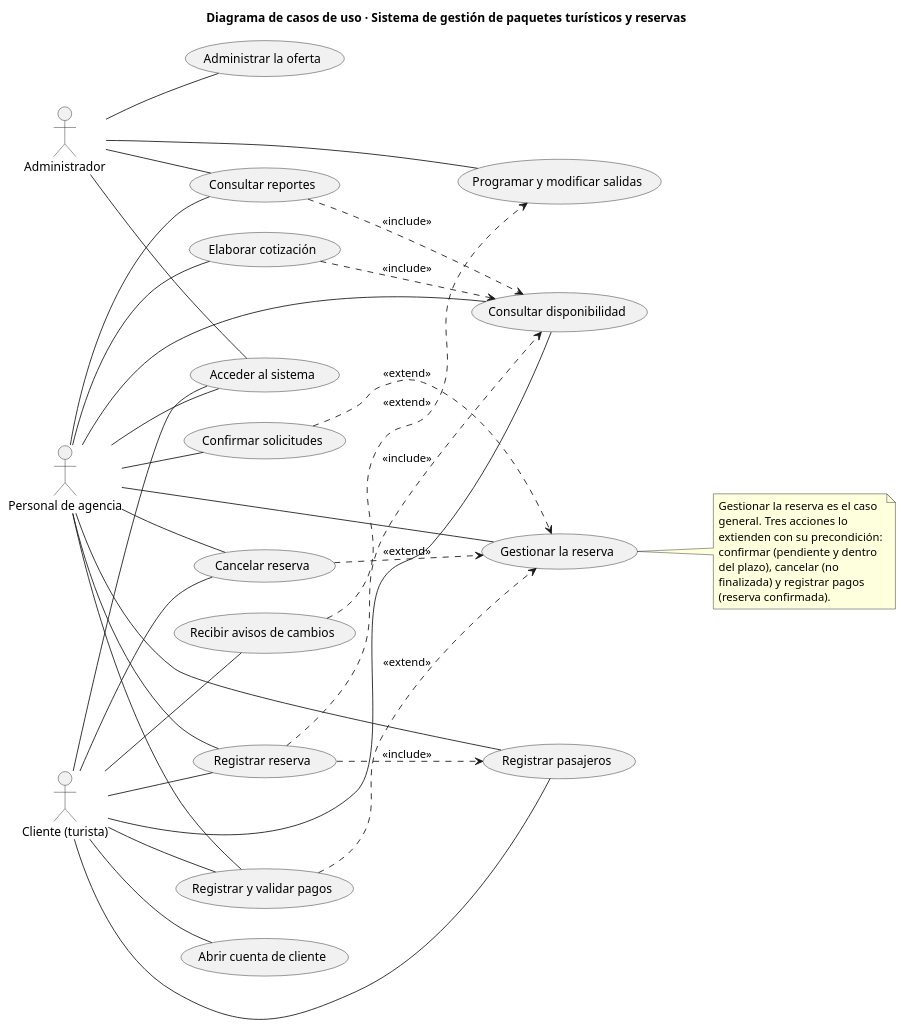
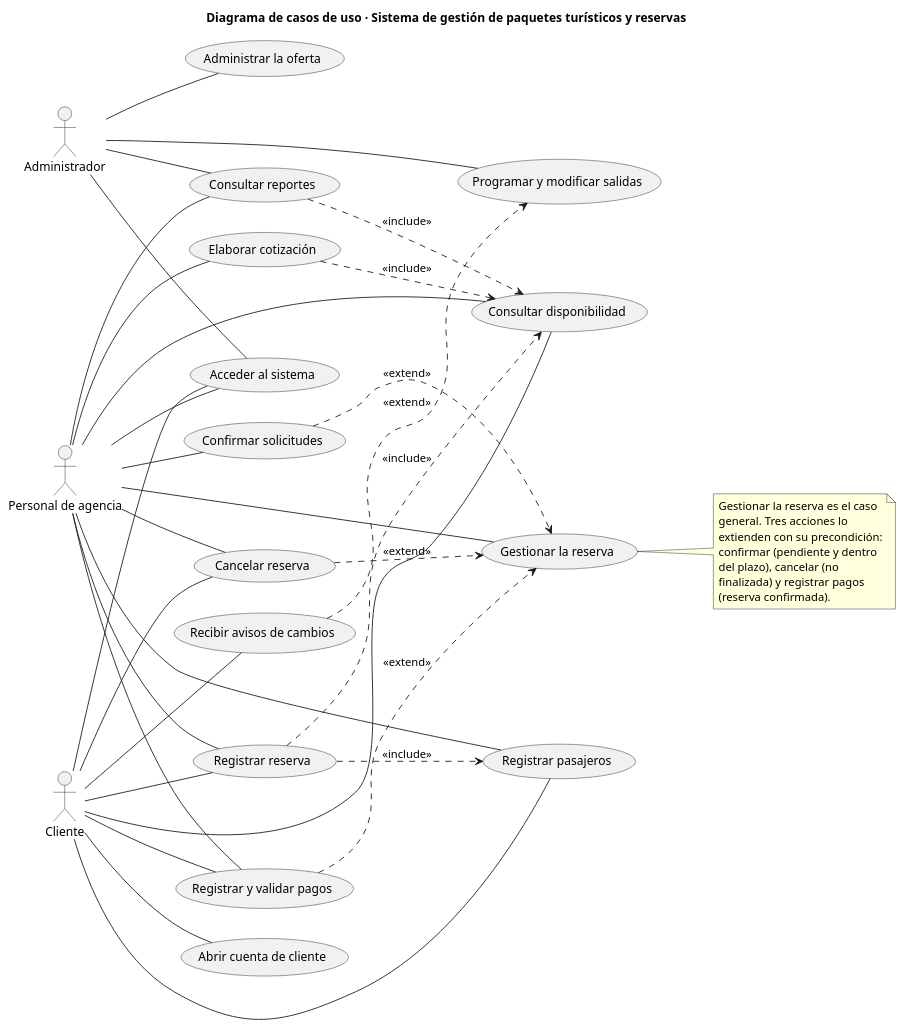
Before and after one commit to fervflow/sis-inf3-proyecto-formativo: the diagram in sistema/diagramas/uml/casos-uso/casos-uso.puml, drawn with PlantUML. The commit also changed 68 other files, not shown here.

```diff
--- a/sistema/diagramas/uml/casos-uso/casos-uso.puml
+++ b/sistema/diagramas/uml/casos-uso/casos-uso.puml
@@ -1,70 +1,70 @@
 @startuml
 title Diagrama de casos de uso · Sistema de gestión de paquetes turísticos y reservas
 ' Los 17 casos de uso del backlog se agrupan en 14 casos de uso del
 ' sistema: lo que el actor quiere conseguir, no las tareas internas.
 left to right direction
-actor "Cliente (turista)" as CLI
+actor "Cliente" as CLI
 actor "Personal de agencia" as PER
 actor "Administrador" as ADM
 
 usecase "Acceder al sistema" as UC1
 usecase "Abrir cuenta de cliente" as UC2
 usecase "Administrar la oferta" as UC3
 usecase "Programar y modificar salidas" as UC4
 usecase "Consultar disponibilidad" as UC5
 usecase "Elaborar cotización" as UC6
 usecase "Registrar reserva" as UC7
 usecase "Registrar pasajeros" as UC8
 usecase "Gestionar la reserva" as UC9
 usecase "Confirmar solicitudes" as UC10
 usecase "Cancelar reserva" as UC11
 usecase "Registrar y validar pagos" as UC12
 usecase "Consultar reportes" as UC13
 usecase "Recibir avisos de cambios" as UC14
 
 CLI -- UC1
 CLI -- UC2
 CLI -- UC5
 CLI -- UC7
 CLI -- UC8
 CLI -- UC11
 CLI -- UC12
 CLI -- UC14
 
 PER -- UC1
 PER -- UC5
 PER -- UC6
 PER -- UC7
 PER -- UC8
 PER -- UC9
 PER -- UC10
 PER -- UC11
 PER -- UC12
 PER -- UC13
 
 ADM -- UC1
 ADM -- UC3
 ADM -- UC4
 ADM -- UC13
 
 ' --- Relaciones entre casos de uso ------------------------------------
 UC6 ..> UC5 : <<include>>
 UC7 ..> UC5 : <<include>>
 UC7 ..> UC8 : <<include>>
 UC13 ..> UC5 : <<include>>
 UC10 ..> UC9 : <<extend>>
 UC11 ..> UC9 : <<extend>>
 UC12 ..> UC9 : <<extend>>
 UC14 ..> UC4 : <<extend>>
 
 note right of UC9
   Gestionar la reserva es el caso
   general. Tres acciones lo
   extienden con su precondición:
   confirmar (pendiente y dentro
   del plazo), cancelar (no
   finalizada) y registrar pagos
   (reserva confirmada).
 end note
 
 @enduml
```
